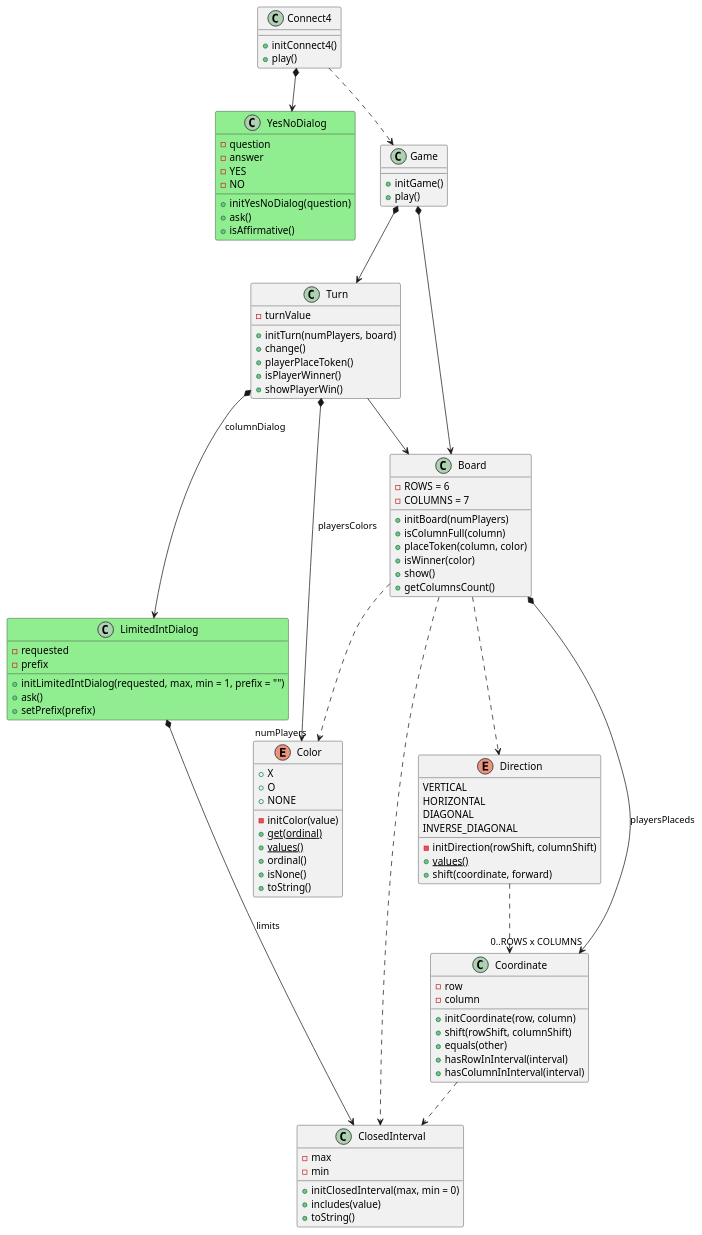
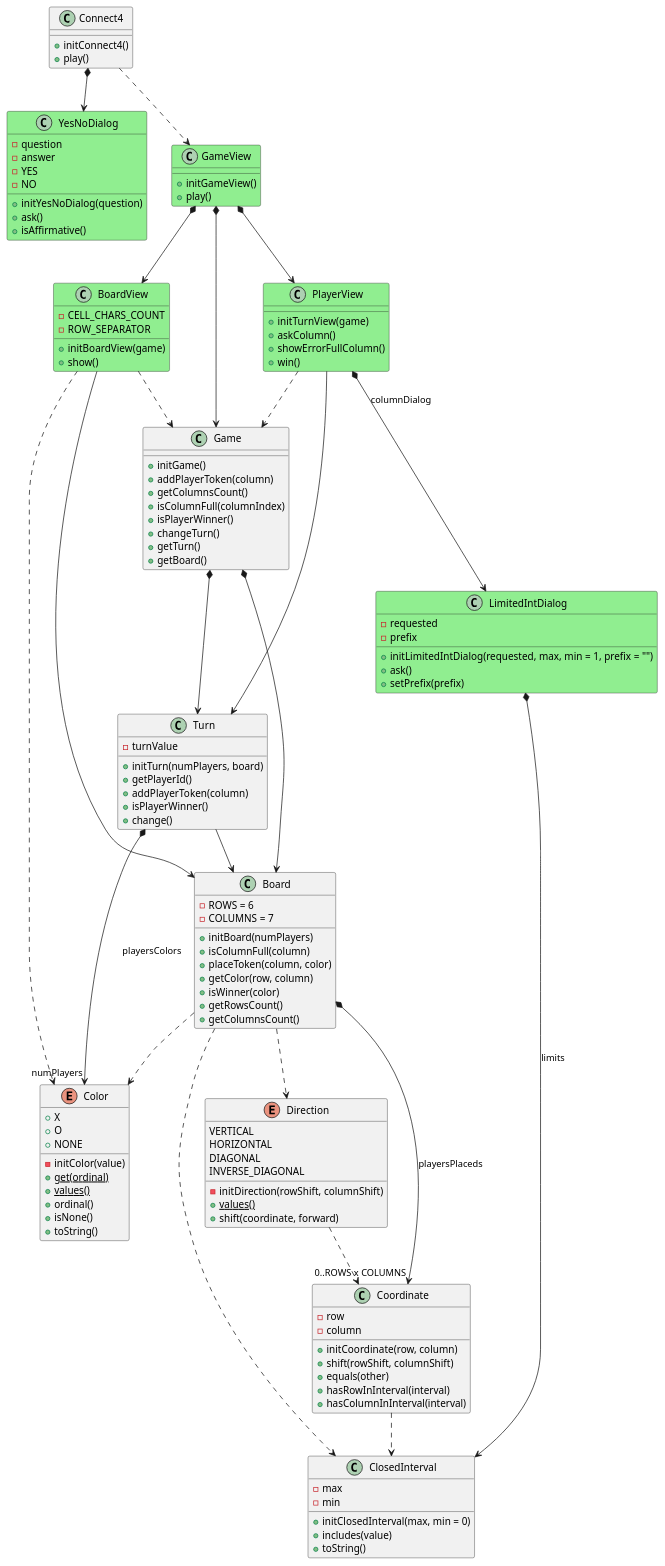
The diagram in docs/dev-resume/src/analysis.plantuml (PabloMartinFluvia/myGame-connect4), drawn with PlantUML before and after one commit. The commit also changed 1 other file, not shown here.

```diff
--- a/docs/dev-resume/src/analysis.plantuml
+++ b/docs/dev-resume/src/analysis.plantuml
@@ -1,115 +1,152 @@
 @startuml analysis
 
 class Connect4 {
 
     + initConnect4()
     + play()
 }
 Connect4 *--> YesNoDialog
-Connect4 ..> Game
+Connect4 ..> GameView
+
+class YesNoDialog #LightGreen {  
+    - question
+    - answer   
+    - YES
+    - NO
+
+    + initYesNoDialog(question)
+    + ask()
+    + isAffirmative()
+}
+
+class GameView #LightGreen {
+    + initGameView()
+    + play()
+}
+GameView *--> Game
+GameView *--> PlayerView
+GameView *--> BoardView
 
 class Game {     
 
     + initGame()
-    + play()
+    + addPlayerToken(column)
+    + getColumnsCount()
+    + isColumnFull(columnIndex)
+    + isPlayerWinner()    
+    + changeTurn()
+    + getTurn()
+    + getBoard()
 }
 Game *--> Turn
 Game *--> Board
 
+class PlayerView #LightGreen {
+    + initTurnView(game)
+    + askColumn()
+    + showErrorFullColumn()
+    + win()
+}
+PlayerView --> Turn
+PlayerView ..> Game
+PlayerView *--> LimitedIntDialog : columnDialog
+
 class Turn {
     - turnValue
 
-    + initTurn(numPlayers, board)    
-    + change()      
-    + playerPlaceToken()        
+    + initTurn(numPlayers, board)  
+    + getPlayerId()      
+    + addPlayerToken(column)        
     + isPlayerWinner()
-    + showPlayerWin()
+    + change()    
 }
 Turn *--> "numPlayers" Color : playersColors
-Turn *--> LimitedIntDialog : columnDialog
 Turn --> Board
+
+class BoardView #LightGreen {
+    - CELL_CHARS_COUNT
+    - ROW_SEPARATOR
+
+    + initBoardView(game)
+    + show()
+}
+BoardView --> Board
+BoardView ..> Color
+BoardView ..> Game
 
 class Board {
     - ROWS = 6
     - COLUMNS = 7
     
     + initBoard(numPlayers)
     + isColumnFull(column)
     + placeToken(column, color)
-    + isWinner(color)
-    + show()
+    + getColor(row, column)
+    + isWinner(color)    
+    + getRowsCount()
     + getColumnsCount()
 }
 Board *--> "0..ROWS x COLUMNS" Coordinate : playersPlaceds
 Board ..> ClosedInterval
 Board ..> Direction
 Board ..> Color
 
 class Coordinate {
     - row
     - column 
 
     + initCoordinate(row, column)
     + shift(rowShift, columnShift)
     + equals(other)   
     + hasRowInInterval(interval)
     + hasColumnInInterval(interval)
 }
 Coordinate ..> ClosedInterval
 
 class ClosedInterval {
     - max
     - min
 
     + initClosedInterval(max, min = 0)
     + includes(value)
     + toString()
 }
 
 enum Direction {
     VERTICAL
     HORIZONTAL
     DIAGONAL
     INVERSE_DIAGONAL
 
     - initDirection(rowShift, columnShift)
     + {static} values()
     + shift(coordinate, forward)
 }
 Direction ..> Coordinate
 
 enum Color {
     + X
     + O   
     + NONE 
 
     - initColor(value)
     + {static} get(ordinal) 
     + {static} values()  
     + ordinal()
     + isNone()
     + toString()
 }
 
-class YesNoDialog #LightGreen {  
-    - question
-    - answer   
-    - YES
-    - NO
 
-    + initYesNoDialog(question)
-    + ask()
-    + isAffirmative()
-}
 
 class LimitedIntDialog #LightGreen {
     - requested
     - prefix
     
     + initLimitedIntDialog(requested, max, min = 1, prefix = "") 
     + ask()
     + setPrefix(prefix)
 }
 LimitedIntDialog *--> ClosedInterval : limits
 
 @enduml
```
